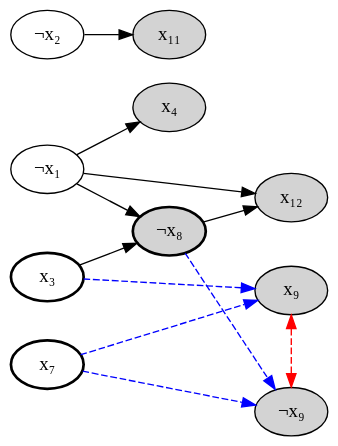
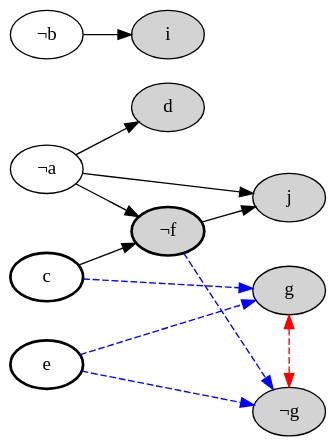
One commit to vaibhavsagar/presentations changed the diagram in sat-solvers/images/graph2.dot. Above: the diagram before and after it, drawn with Graphviz. The commit also changed 21 other files, not shown here.

```diff
--- a/sat-solvers/images/graph2.dot
+++ b/sat-solvers/images/graph2.dot
@@ -1,30 +1,30 @@
 digraph {
-    x₁ [label="¬x₁"]
-    x₂ [label="¬x₂"]
-    x₃ [style="bold"]
-    x₄ [style="filled"]
-    x₇ [style="bold"]
-    x₈ [label="¬x₈", style="filled,bold"]
-    x₉t [label="x₉", style="filled"]
-    x₉f [label="¬x₉", style="filled"]
-    x₁₁ [style="filled"]
-    x₁₂ [style="filled"]
-    x₁ -> x₄
-    x₃ -> x₈
-    x₁ -> x₈
-    x₁ -> x₁₂
-    x₈ -> x₁₂
-    x₂ -> x₁₁
-    x₇ -> x₉t [style="dashed",color="blue"]
-    x₇ -> x₉f [style="dashed",color="blue"]
-    x₈ -> x₉f [style="dashed",color="blue"]
-    x₃ -> x₉t [style="dashed",color="blue"]
-    x₉t -> x₉f [color="red",dir="both",style="dashed",minlen=3]
+    a [label="¬a"]
+    b [label="¬b"]
+    c [style="bold"]
+    d [style="filled"]
+    e [style="bold"]
+    f [label="¬f", style="filled,bold"]
+    gt [label="g", style="filled"]
+    gf [label="¬g", style="filled"]
+    i [style="filled"]
+    j [style="filled"]
+    a -> d
+    c -> f
+    a -> f
+    a -> j
+    f -> j
+    b -> i
+    e -> gt [style="dashed",color="blue"]
+    e -> gf [style="dashed",color="blue"]
+    f -> gf [style="dashed",color="blue"]
+    c -> gt [style="dashed",color="blue"]
+    gt -> gf [color="red",dir="both",style="dashed",minlen=3]
     rankdir="LR"
-    {rank=same; x₉t x₉f}
-    {rank=same; x₁ x₂ x₃ x₇}
-    {rank=same; x₈}
+    {rank=same; gt gf}
+    {rank=same; a b c e}
+    {rank=same; f}
     overlap=false
     splines=true
     bgcolor=transparent
 }
```
